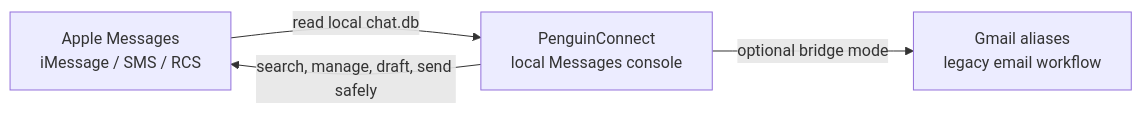
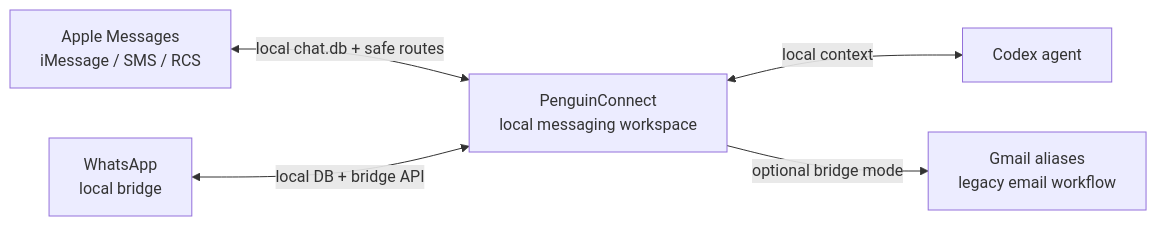
Before and after one commit to hgaddipati1118/penguin-connect: the diagram in README.md, drawn with Mermaid. The commit also changed other lines of this file and 14 other files, not shown here.

Commit message:
feat: add local messaging workspace and MCP

````diff
--- a/README.md
+++ b/README.md
@@ -12,6 +12,7 @@
 ```mermaid
 flowchart LR
-    Messages["Apple Messages<br/>iMessage / SMS / RCS"] -->|read local chat.db| Console["PenguinConnect<br/>local Messages console"]
-    Console -->|search, manage, draft, send safely| Messages
-    Console -->|optional bridge mode| Gmail["Gmail aliases<br/>legacy email workflow"]
+    Messages["Apple Messages<br/>iMessage / SMS / RCS"] <-->|local chat.db + safe routes| Workspace["PenguinConnect<br/>local messaging workspace"]
+    WhatsApp["WhatsApp<br/>local bridge"] <-->|local DB + bridge API| Workspace
+    Workspace <-->|local context| Codex["Codex agent"]
+    Workspace -->|optional bridge mode| Gmail["Gmail aliases<br/>legacy email workflow"]
 ```
````
